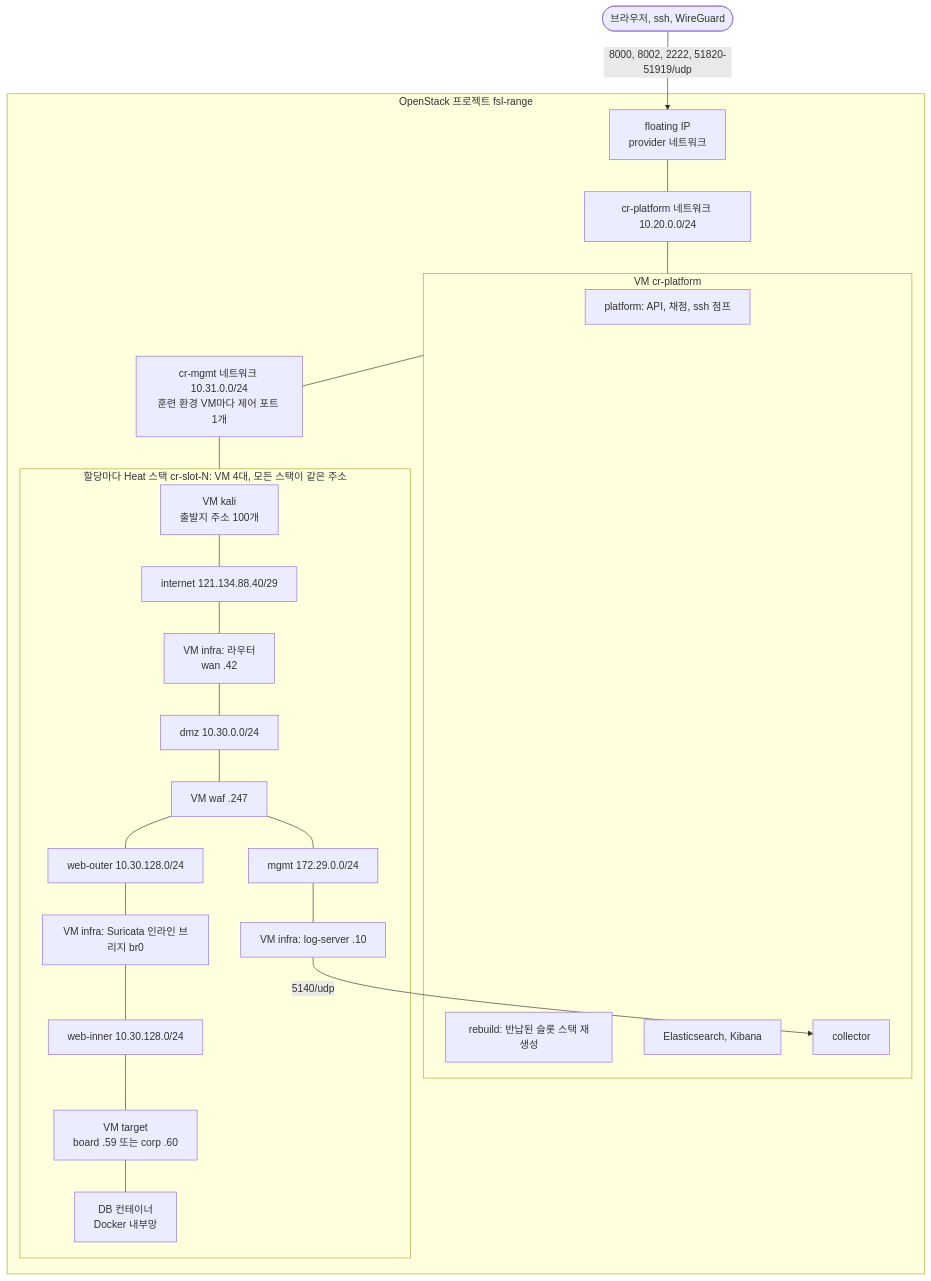
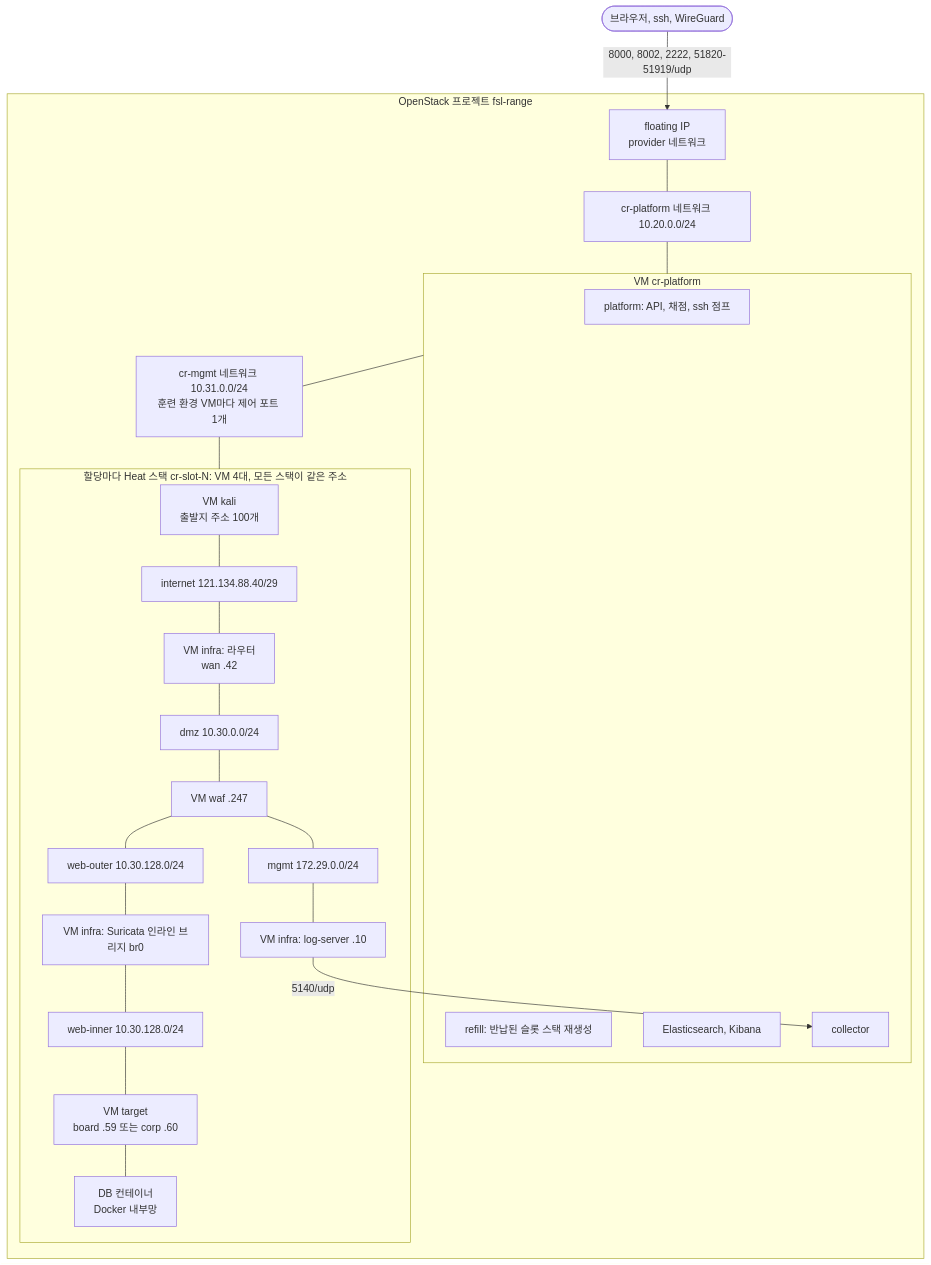
One commit to Nekonic/fsl-project-mvp changed the diagram in README.md. Above: the diagram before and after it, drawn with Mermaid. The commit also changed other lines of this file and 136 other files, not shown here.

````diff
--- a/README.md
+++ b/README.md
@@ -147,30 +147,30 @@
 ```mermaid
 flowchart TB
   user(["브라우저, ssh, WireGuard"]) -->|"8000, 8002, 2222, 51820-51919/udp"| fip["floating IP<br/>provider 네트워크"]
   subgraph os["OpenStack 프로젝트 fsl-range"]
     fip --- pnet["cr-platform 네트워크 10.20.0.0/24"]
     pnet --- pvm
     subgraph pvm["VM cr-platform"]
       platform["platform: API, 채점, ssh 점프"]
-      rebuild["rebuild: 반납된 슬롯 스택 재생성"]
+      refill["refill: 반납된 슬롯 스택 재생성"]
       elk["Elasticsearch, Kibana"]
       collector["collector"]
     end
     pvm --- mgmt["cr-mgmt 네트워크 10.31.0.0/24<br/>훈련 환경 VM마다 제어 포트 1개"]
     mgmt --- stack
     subgraph stack["할당마다 Heat 스택 cr-slot-N: VM 4대, 모든 스택이 같은 주소"]
       kali["VM kali<br/>출발지 주소 100개"] --- inet["internet 121.134.88.40/29"]
       inet --- edge["VM infra: 라우터<br/>wan .42"]
       edge --- dmz["dmz 10.30.0.0/24"]
       dmz --- waf["VM waf .247"]
       waf --- outer["web-outer 10.30.128.0/24"]
       outer --- ids["VM infra: Suricata 인라인 브리지 br0"]
       ids --- inner["web-inner 10.30.128.0/24"]
       inner --- target["VM target<br/>board .59 또는 corp .60"]
       target --- db["DB 컨테이너<br/>Docker 내부망"]
       waf --- smgmt["mgmt 172.29.0.0/24"]
       smgmt --- logsrv["VM infra: log-server .10"]
     end
     logsrv -->|"5140/udp"| collector
   end
 ```
````
